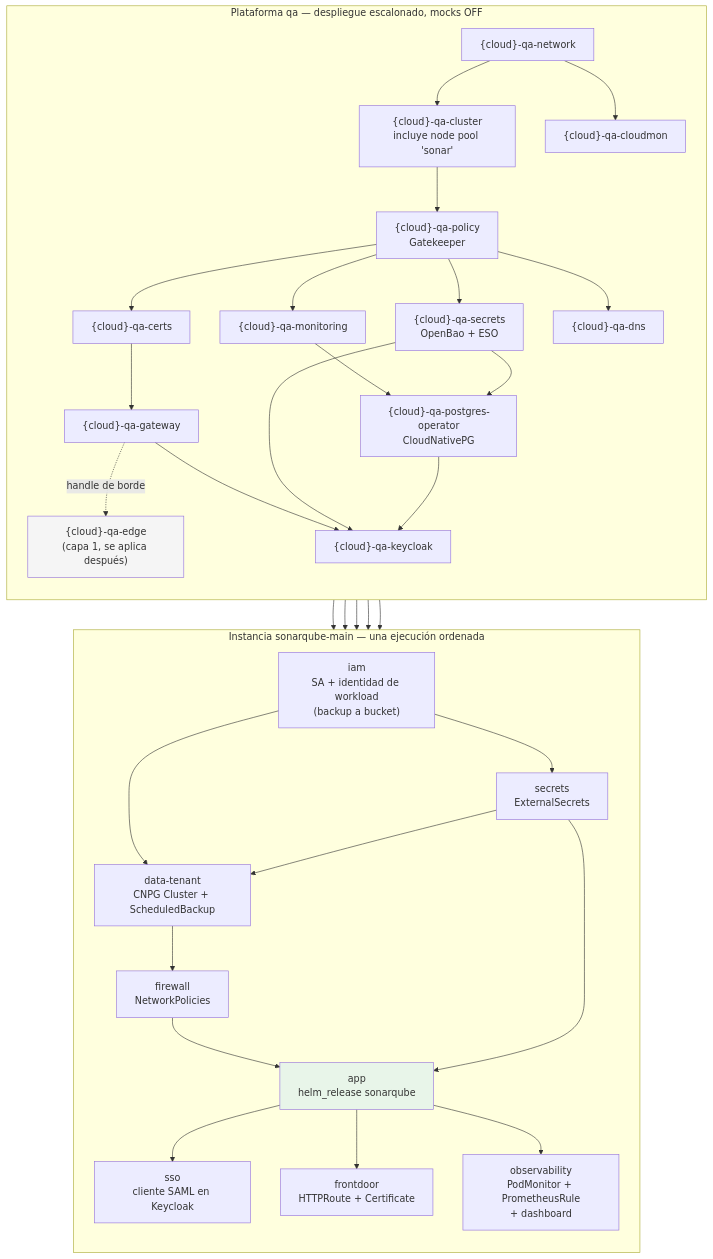
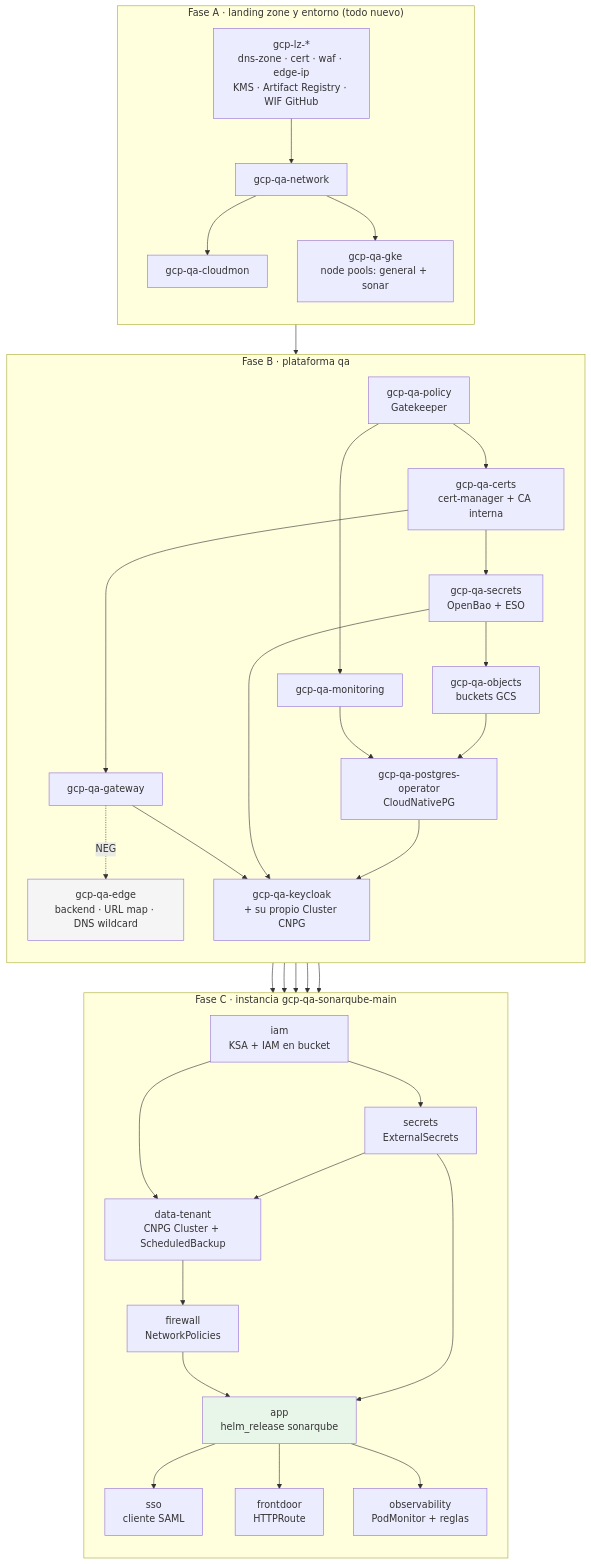
The diagram in docs/proposals/sonarqube-qa/diagrams/03-orden-despliegue.mmd (aescanero/proposal_documents), drawn with Mermaid before and after one commit. The commit also changed 16 other files, not shown here.

First line of the commit message:
SonarQube qa proposal: apply confirmed context (GCP, GitHub, new env, 200 projects)

```diff
--- a/docs/proposals/sonarqube-qa/diagrams/03-orden-despliegue.mmd
+++ b/docs/proposals/sonarqube-qa/diagrams/03-orden-despliegue.mmd
@@ -1,40 +1,45 @@
 flowchart TD
-    subgraph P["Plataforma qa — despliegue escalonado, mocks OFF"]
+    subgraph Z["Fase A · landing zone y entorno (todo nuevo)"]
         direction TB
-        N["{cloud}-qa-network"] --> C["{cloud}-qa-cluster<br/>incluye node pool 'sonar'"]
-        N --> CM["{cloud}-qa-cloudmon"]
-        C --> PO["{cloud}-qa-policy<br/>Gatekeeper"]
-        PO --> S1["{cloud}-qa-secrets<br/>OpenBao + ESO"]
-        PO --> M["{cloud}-qa-monitoring"]
-        PO --> CE["{cloud}-qa-certs"]
-        PO --> DN["{cloud}-qa-dns"]
-        CE --> GW["{cloud}-qa-gateway"]
-        GW -. "handle de borde" .-> ED["{cloud}-qa-edge<br/>(capa 1, se aplica después)"]
-        S1 --> DB["{cloud}-qa-postgres-operator<br/>CloudNativePG"]
+        LZ["gcp-lz-*<br/>dns-zone · cert · waf · edge-ip<br/>KMS · Artifact Registry · WIF GitHub"] --> N["gcp-qa-network"]
+        N --> CM["gcp-qa-cloudmon"]
+        N --> C["gcp-qa-gke<br/>node pools: general + sonar"]
+    end
+
+    subgraph P["Fase B · plataforma qa"]
+        direction TB
+        C --> PO["gcp-qa-policy<br/>Gatekeeper"]
+        PO --> CE["gcp-qa-certs<br/>cert-manager + CA interna"]
+        PO --> M["gcp-qa-monitoring"]
+        CE --> S1["gcp-qa-secrets<br/>OpenBao + ESO"]
+        CE --> GW["gcp-qa-gateway"]
+        GW -. "NEG" .-> ED["gcp-qa-edge<br/>backend · URL map · DNS wildcard"]
+        S1 --> OB["gcp-qa-objects<br/>buckets GCS"]
+        OB --> DB["gcp-qa-postgres-operator<br/>CloudNativePG"]
         M --> DB
-        DB --> KC["{cloud}-qa-keycloak"]
+        DB --> KC["gcp-qa-keycloak<br/>+ su propio Cluster CNPG"]
         S1 --> KC
         GW --> KC
     end
 
-    subgraph I["Instancia sonarqube-main — una ejecución ordenada"]
+    subgraph I["Fase C · instancia gcp-qa-sonarqube-main"]
         direction TB
-        IAM["iam<br/>SA + identidad de workload<br/>(backup a bucket)"] --> SEC["secrets<br/>ExternalSecrets"]
+        IAM["iam<br/>KSA + IAM en bucket"] --> SEC["secrets<br/>ExternalSecrets"]
         IAM --> DATA["data-tenant<br/>CNPG Cluster + ScheduledBackup"]
         SEC --> DATA
         DATA --> FW["firewall<br/>NetworkPolicies"]
         FW --> APP["app<br/>helm_release sonarqube"]
         SEC --> APP
-        APP --> SSO["sso<br/>cliente SAML en Keycloak"]
-        APP --> FD["frontdoor<br/>HTTPRoute + Certificate"]
-        APP --> OBS["observability<br/>PodMonitor + PrometheusRule<br/>+ dashboard"]
+        APP --> SSO["sso<br/>cliente SAML"]
+        APP --> FD["frontdoor<br/>HTTPRoute"]
+        APP --> OBS["observability<br/>PodMonitor + reglas"]
     end
 
-    KC --> SSO
     S1 --> SEC
     DB --> DATA
+    KC --> SSO
     GW --> FD
     M --> OBS
 
     style ED fill:#f5f5f5
     style APP fill:#e8f5e9
```
